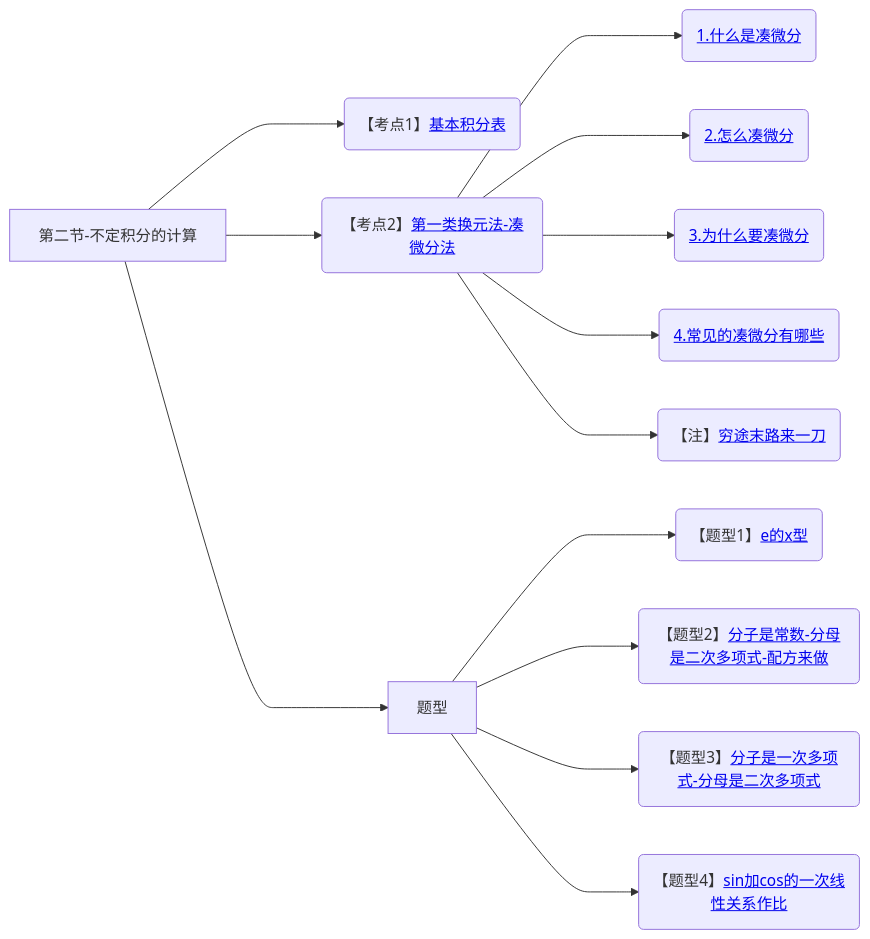
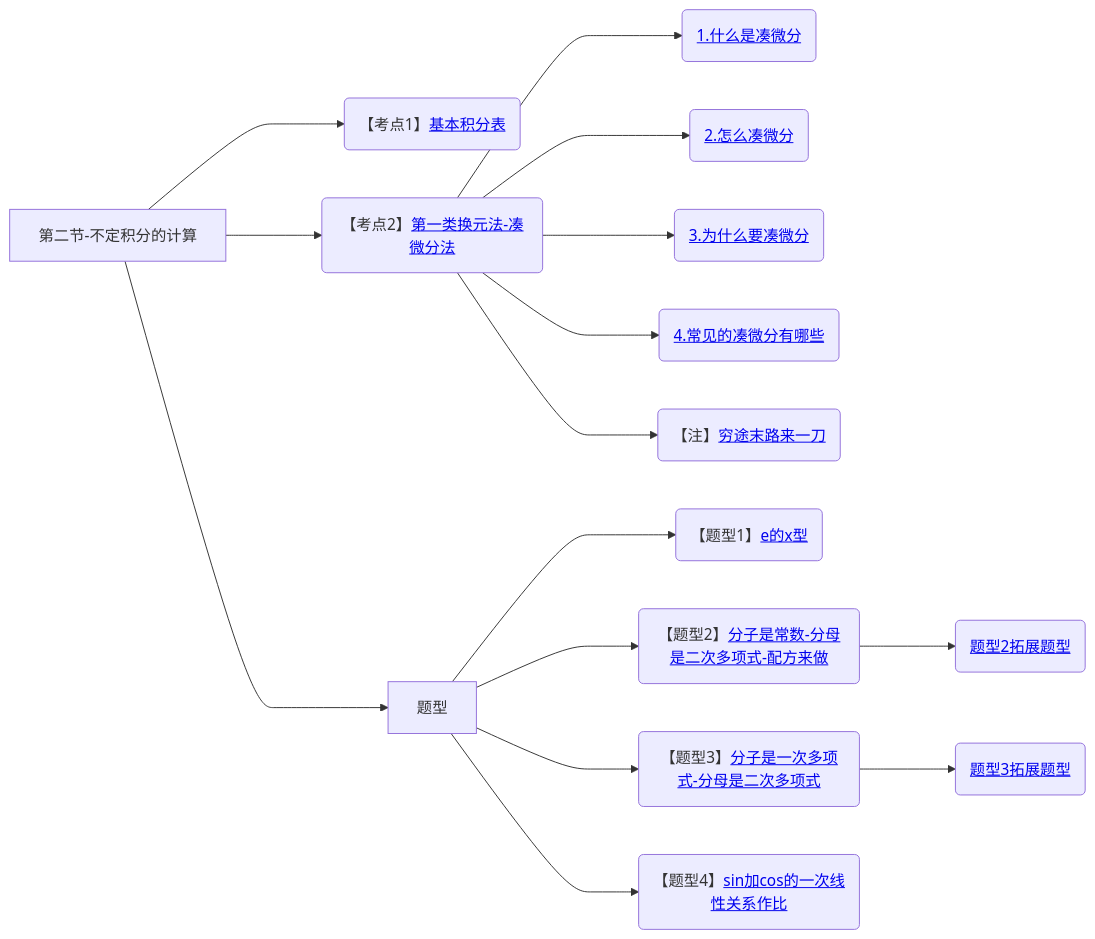
Before and after one commit to yuebinghui/note: diagram 18 of 18 in 笔记/数学/周洋鑫/01.基础班思维导图.md, drawn with Mermaid. The commit also changed 5 other files, not shown here.

````diff
--- a/笔记/数学/周洋鑫/01.基础班思维导图.md
+++ b/笔记/数学/周洋鑫/01.基础班思维导图.md
@@ -625,20 +625,22 @@
 ```mermaid
 graph LR
 第二节-不定积分的计算
 
 第二节-不定积分的计算--->基本积分表(【考点1】<a href="/Users/yuebinghui/Documents/program/github/note/笔记/数学/周洋鑫/基础班/18.不定积分_1.md#基本积分表">基本积分表</>)
 
 第二节-不定积分的计算--->第一类换元法-凑微分法(【考点2】<a href="/Users/yuebinghui/Documents/program/github/note/笔记/数学/周洋鑫/基础班/18.不定积分_1.md#第一类换元法-凑微分法">第一类换元法-凑微分法</>)
 第一类换元法-凑微分法--->1.什么是凑微分(<a href="/Users/yuebinghui/Documents/program/github/note/笔记/数学/周洋鑫/基础班/18.不定积分_1.md#1.什么是凑微分">1.什么是凑微分</>)
 第一类换元法-凑微分法--->2.怎么凑微分(<a href="/Users/yuebinghui/Documents/program/github/note/笔记/数学/周洋鑫/基础班/18.不定积分_1.md#2.怎么凑微分">2.怎么凑微分</>)
 第一类换元法-凑微分法--->3.为什么要凑微分(<a href="/Users/yuebinghui/Documents/program/github/note/笔记/数学/周洋鑫/基础班/18.不定积分_1.md#3.为什么要凑微分">3.为什么要凑微分</>)
 第一类换元法-凑微分法--->4.常见的凑微分有哪些(<a href="/Users/yuebinghui/Documents/program/github/note/笔记/数学/周洋鑫/基础班/18.不定积分_1.md#4.常见的凑微分有哪些">4.常见的凑微分有哪些</>)
 第一类换元法-凑微分法--->穷途末路来一刀(【注】<a href="/Users/yuebinghui/Documents/program/github/note/笔记/数学/周洋鑫/基础班/18.不定积分_1.md#穷途末路来一刀">穷途末路来一刀</>)
 
 第二节-不定积分的计算--->题型
 题型--->e的x型(【题型1】<a href="/Users/yuebinghui/Documents/program/github/note/笔记/数学/周洋鑫/基础班/18.不定积分_1.md#e的x型">e的x型</>)
 题型--->分子是常数-分母是二次多项式-配方来做(【题型2】<a href="/Users/yuebinghui/Documents/program/github/note/笔记/数学/周洋鑫/基础班/19.不定积分_2.md#分子是常数-分母是二次多项式-配方来做">分子是常数-分母是二次多项式-配方来做</>)
+分子是常数-分母是二次多项式-配方来做--->题型2拓展题型(<a href="/Users/yuebinghui/Documents/program/github/note/笔记/数学/周洋鑫/基础班/19.不定积分_2.md#题型2拓展题型">题型2拓展题型</>)
 题型--->分子是一次多项式-分母是二次多项式(【题型3】<a href="/Users/yuebinghui/Documents/program/github/note/笔记/数学/周洋鑫/基础班/19.不定积分_2.md#分子是一次多项式-分母是二次多项式">分子是一次多项式-分母是二次多项式</>)
+分子是一次多项式-分母是二次多项式--->题型3拓展题型(<a href="/Users/yuebinghui/Documents/program/github/note/笔记/数学/周洋鑫/基础班/19.不定积分_2.md#题型3拓展题型">题型3拓展题型</>)
 题型--->sin加cos的一次线性关系作比(【题型4】<a href="/Users/yuebinghui/Documents/program/github/note/笔记/数学/周洋鑫/基础班/19.不定积分_2.md#sin加cos的一次线性关系作比">sin加cos的一次线性关系作比</>)
 
 ```
````
